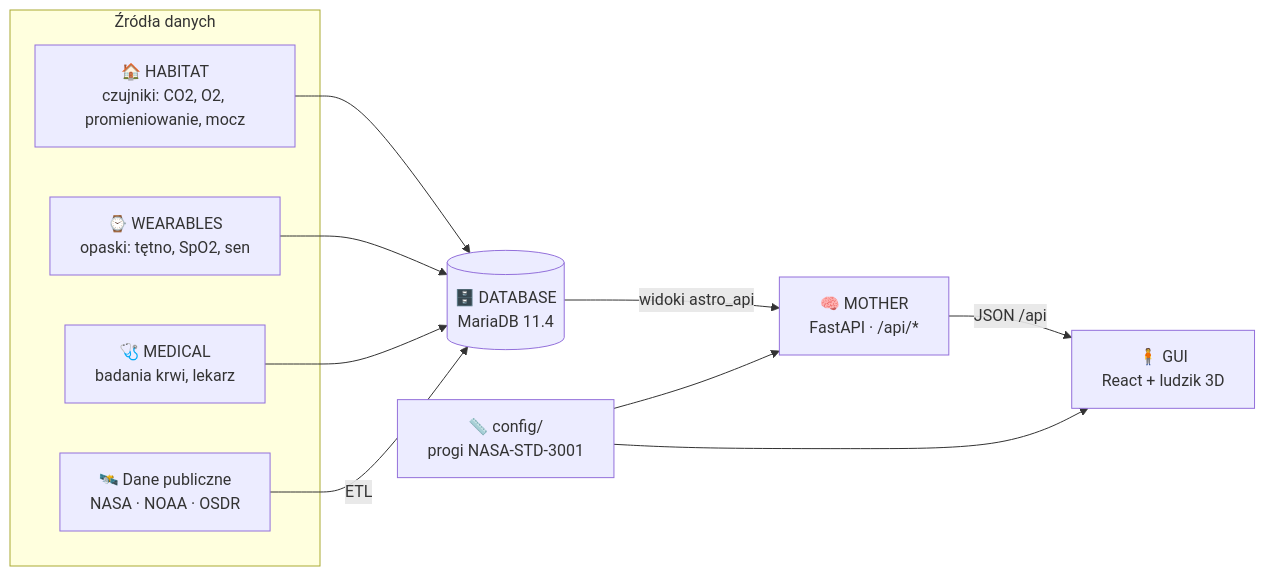
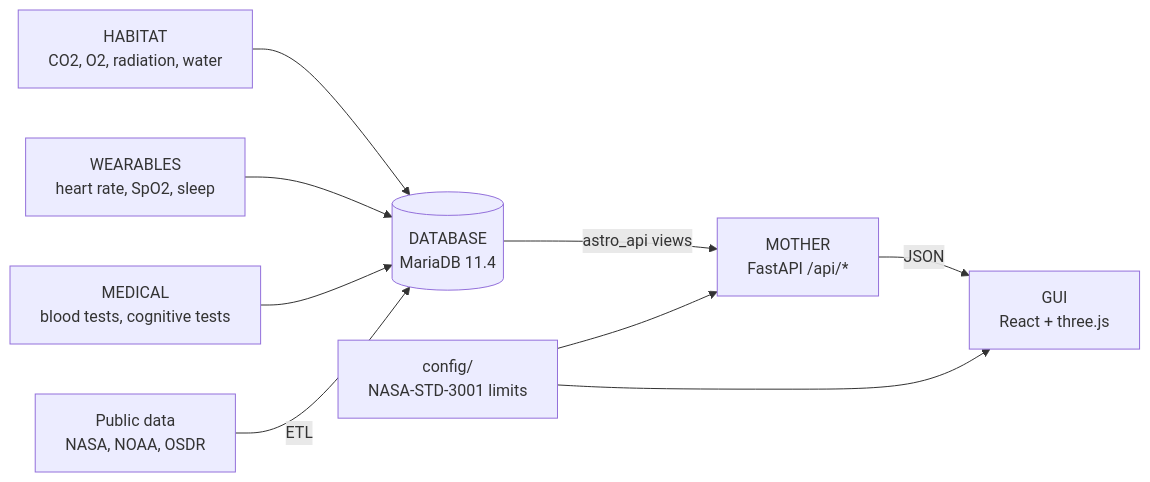
Before and after one commit to MrRooby/NASA-HACKATHON: the diagram in README.md, drawn with Mermaid. The commit also changed other lines of this file, not shown here.

````diff
--- a/README.md
+++ b/README.md
@@ -25,23 +23,11 @@
 ```mermaid
 flowchart LR
-    subgraph SRC["Źródła danych"]
-        HAB["🏠 HABITAT<br/>czujniki: CO2, O2, promieniowanie, mocz"]
-        WEAR["⌚ WEARABLES<br/>opaski: tętno, SpO2, sen"]
-        MED["🩺 MEDICAL<br/>badania krwi, lekarz"]
-        PUB["🛰️ Dane publiczne<br/>NASA · NOAA · OSDR"]
-    end
-
-    DB[("🗄️ DATABASE<br/>MariaDB 11.4")]
-    CFG["📏 config/<br/>progi NASA-STD-3001"]
-    MOTHER["🧠 MOTHER<br/>FastAPI · /api/*"]
-    GUI["🧍 GUI<br/>React + ludzik 3D"]
-
-    HAB --> DB
-    WEAR --> DB
-    MED --> DB
-    PUB -- ETL --> DB
-    DB -- "widoki astro_api" --> MOTHER
-    CFG --> MOTHER
+    HAB["HABITAT<br/>CO2, O2, radiation, water"] --> DB
+    WEAR["WEARABLES<br/>heart rate, SpO2, sleep"] --> DB
+    MED["MEDICAL<br/>blood tests, cognitive tests"] --> DB
+    PUB["Public data<br/>NASA, NOAA, OSDR"] -- ETL --> DB
+    DB[("DATABASE<br/>MariaDB 11.4")] -- "astro_api views" --> MOTHER["MOTHER<br/>FastAPI /api/*"]
+    CFG["config/<br/>NASA-STD-3001 limits"] --> MOTHER
     CFG --> GUI
-    MOTHER -- "JSON /api" --> GUI
+    MOTHER -- JSON --> GUI["GUI<br/>React + three.js"]
 ```
````
